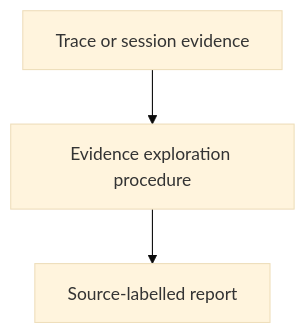
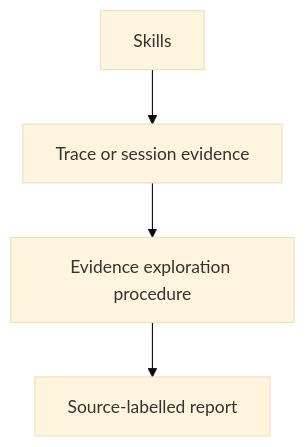
One commit to abstract-business-systems/as-is changed the diagram in skills/exploring-execution-evidence/as-is.md. Above: the diagram before and after it, drawn with Mermaid (base theme). The commit also changed other lines of this file and 16 other files, not shown here.

Commit message:
docs(skills): add parent navigation to component records

````diff
--- a/skills/exploring-execution-evidence/as-is.md
+++ b/skills/exploring-execution-evidence/as-is.md
@@ -16,5 +18,7 @@
 ```mermaid
 flowchart TD
-    A["Trace or session evidence"] --> B["Evidence exploration procedure"]
+    Parent["Skills"] --> A["Trace or session evidence"] --> B["Evidence exploration procedure"]
     B --> C["Source-labelled report"]
+
+    click Parent href "../as-is.md#design" "Open Skills design"
 ```
````
